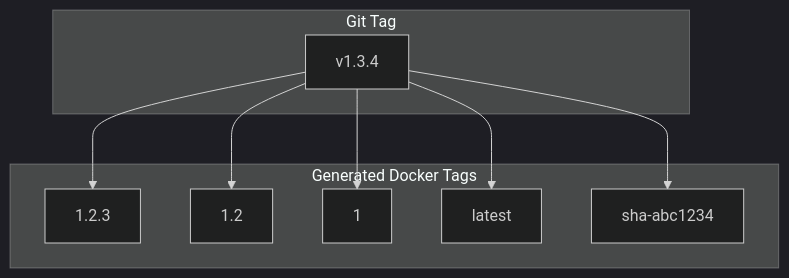
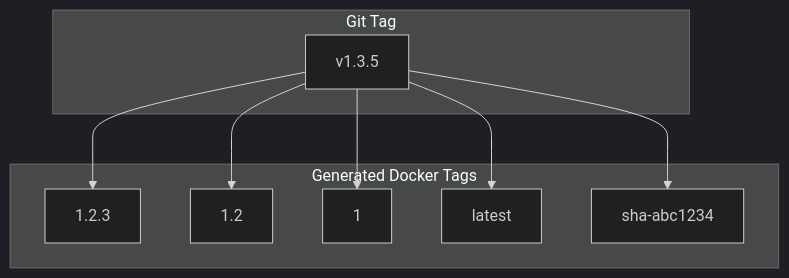
Before and after one commit to telemetryflow/telemetryflow-agent: the third of 3 diagrams in docs/GITHUB-WORKFLOWS.md, drawn with Mermaid (dark theme). The commit also changed other lines of this file and 31 other files, not shown here.

````diff
--- a/docs/GITHUB-WORKFLOWS.md
+++ b/docs/GITHUB-WORKFLOWS.md
@@ -305,20 +305,20 @@
 ```mermaid
 flowchart TD
     subgraph "Git Tag"
-        T[v1.3.4]
+        T[v1.3.5]
     end
 
     subgraph "Generated Docker Tags"
         D1[1.2.3]
         D2[1.2]
         D3[1]
         D4[latest]
         D5[sha-abc1234]
     end
 
     T --> D1
     T --> D2
     T --> D3
     T --> D4
     T --> D5
 ```
````
